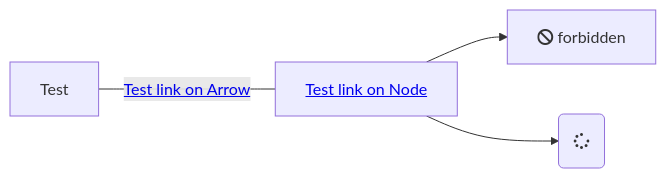
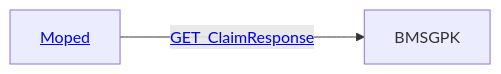
Before and after one commit to HL7Austria/ELGA-MOPED-R5: the fifth of 5 diagrams in input/pagecontent/actors.md, drawn with Mermaid. The commit also changed other lines of this file, not shown here.

Commit message:
#187 insert mermaid graphs

```diff
--- a/input/pagecontent/actors.md
+++ b/input/pagecontent/actors.md
@@ -5,8 +88,6 @@
-<pre class="mermaid">
-    graph LR
-    A[Test]
-    B[<a href="http://google.com">Test link on Node</a>] 
-    A ---|<a href="http://google.com">Test link on Arrow</a>| B
-    B-->C[fa:fa-ban forbidden]
-    B-->D(fa:fa-spinner);
-</pre>
+            <pre class="mermaid">
+                graph LR
+                BMSGPK[BMSGPK]
+                Moped[<a href="index.html">Moped</a>] 
+                Moped --->|<a href="StructureDefinition-MOPEDClaimResponse.html"> GET_ClaimResponse</a>| BMSGPK  
+            </pre>
```
